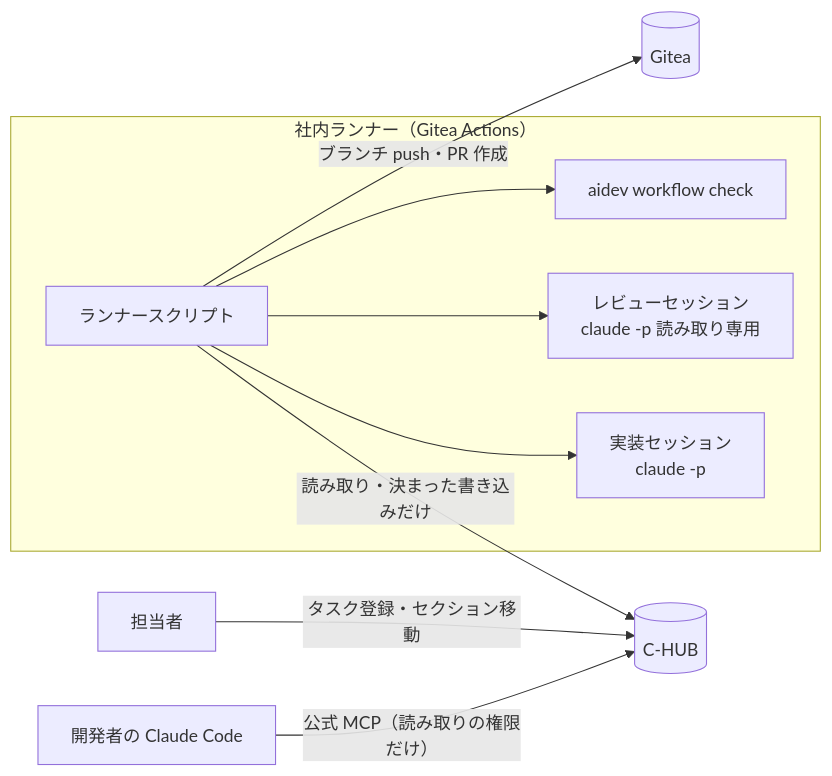
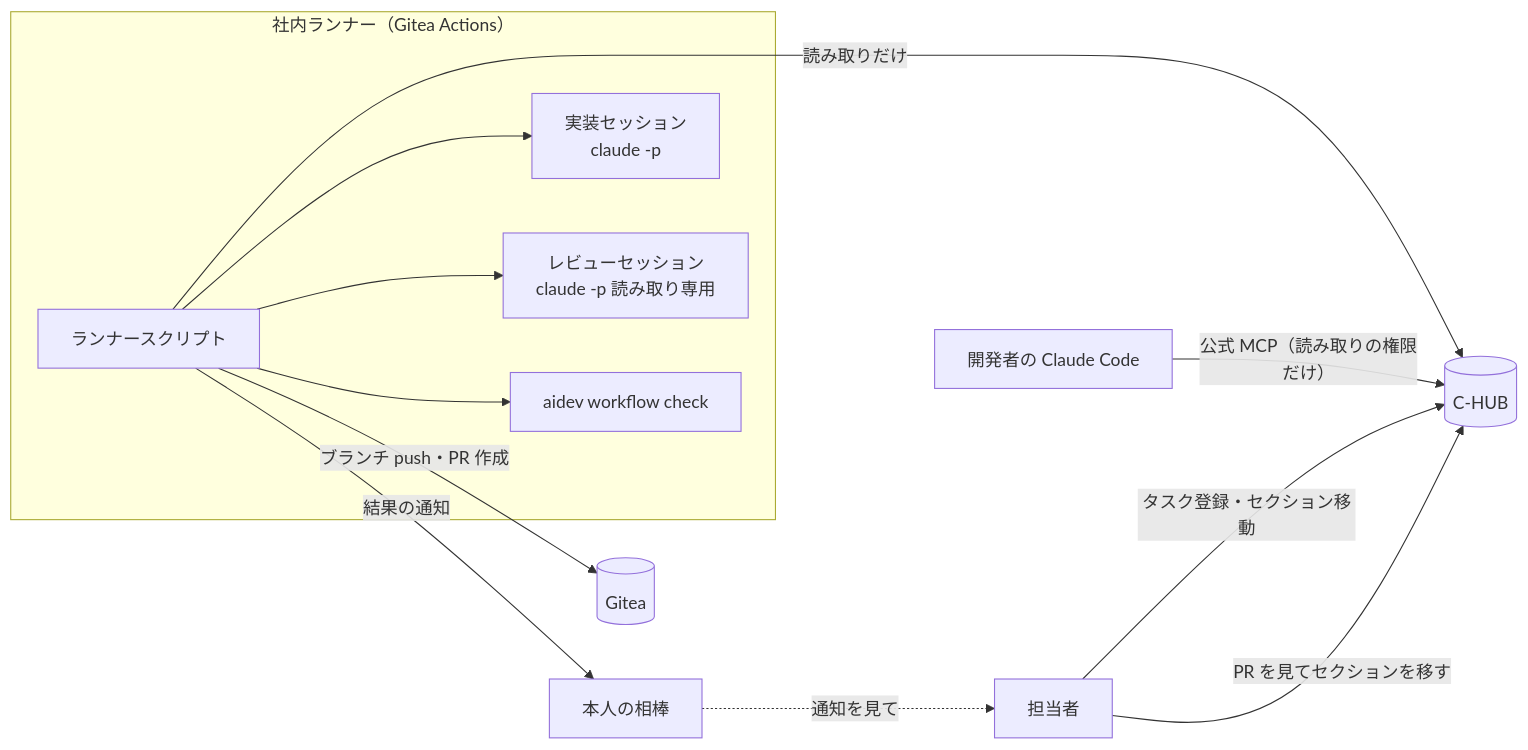
The first of 2 diagrams in ai-development-platform/docs/autonomous-runner-design.md (roonawa/skills), drawn with Mermaid before and after one commit. The commit also changed other lines of this file and 1 other file, not shown here.

````diff
--- a/ai-development-platform/docs/autonomous-runner-design.md
+++ b/ai-development-platform/docs/autonomous-runner-design.md
@@ -46,16 +64,19 @@
 ```mermaid
 flowchart LR
   person[担当者] -- タスク登録・セクション移動 --> chub[(C-HUB)]
   subgraph runner[社内ランナー（Gitea Actions）]
     poll[ランナースクリプト]
     impl[実装セッション<br/>claude -p]
     review[レビューセッション<br/>claude -p 読み取り専用]
     cli[aidev workflow check]
   end
-  poll -- 読み取り・決まった書き込みだけ --> chub
+  poll -- 読み取りだけ --> chub
   poll --> impl
   poll --> review
   poll --> cli
   poll -- ブランチ push・PR 作成 --> gitea[(Gitea)]
+  poll -- 結果の通知 --> buddy[本人の相棒]
+  buddy -. 通知を見て .-> person
+  person -- PR を見てセクションを移す --> chub
   dev[開発者の Claude Code] -- 公式 MCP（読み取りの権限だけ） --> chub
 ```
````
